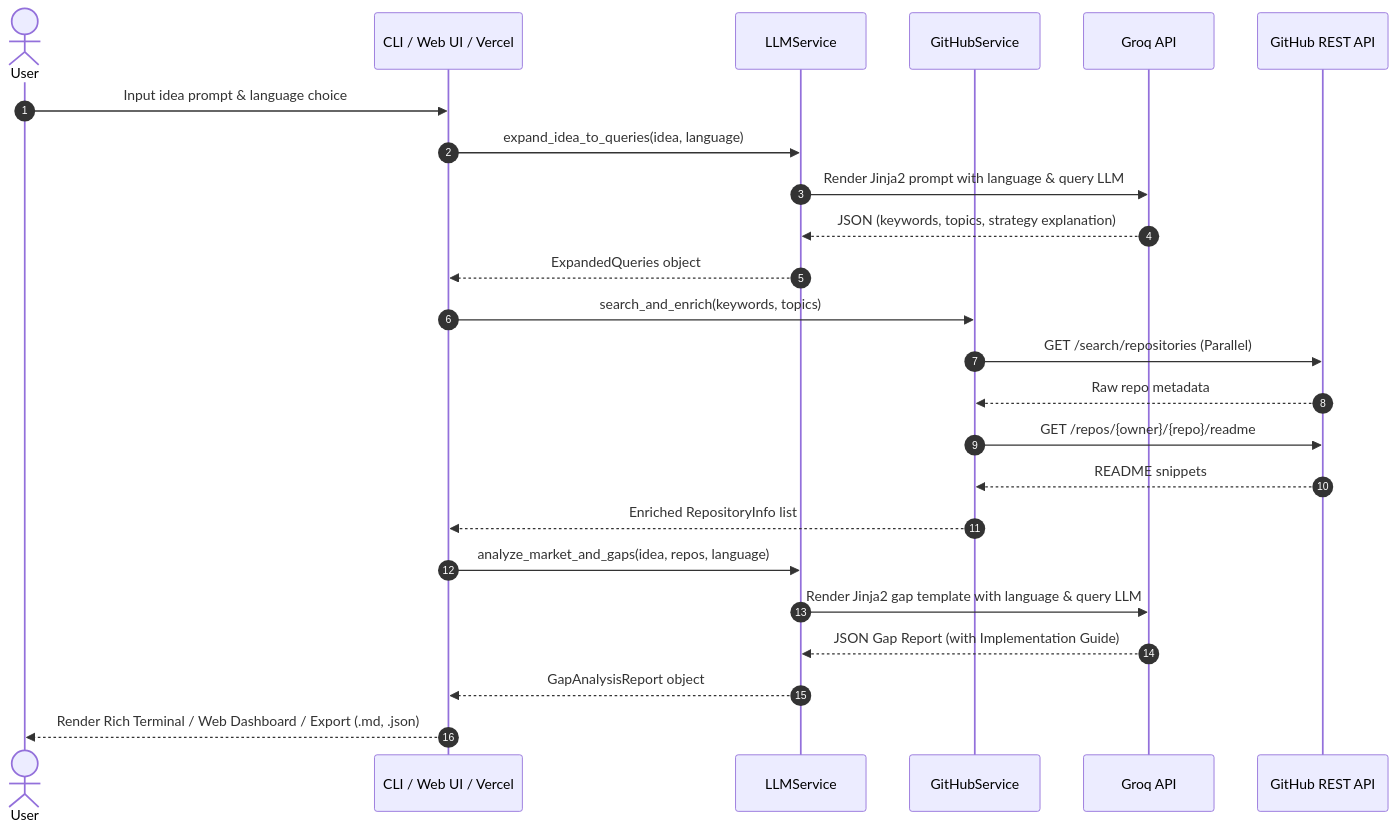
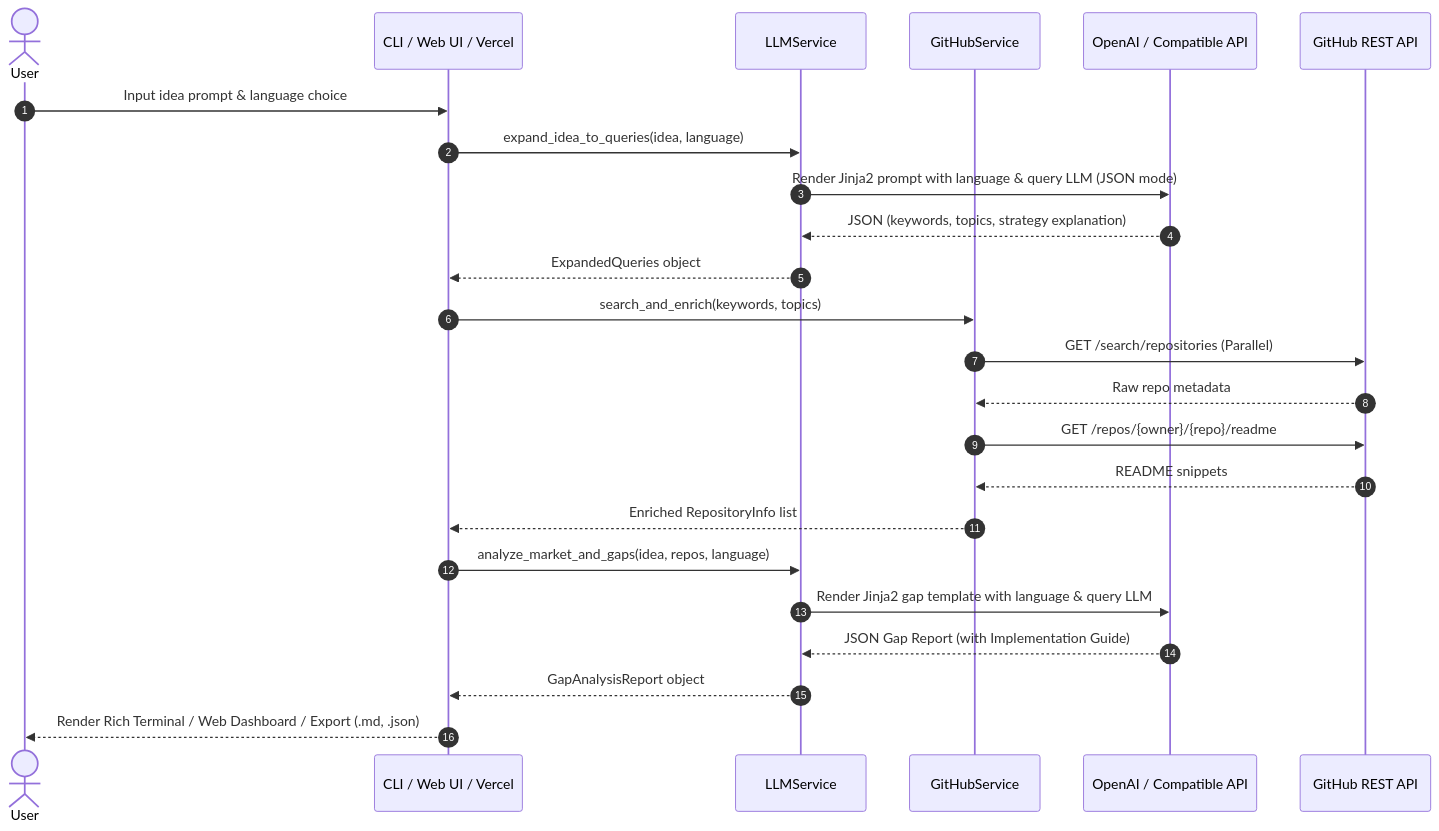
Before and after one commit to AtaCanYmc/GitRadar: the second of 2 diagrams in ARCHITECTURE.md, drawn with Mermaid. The commit also changed other lines of this file and 22 other files, not shown here.

Commit message:
feat: upgrade to version 0.2.0 and transition to OpenAI-compatible API integration

````diff
--- a/ARCHITECTURE.md
+++ b/ARCHITECTURE.md
@@ -97,29 +97,29 @@
 ```mermaid
 sequenceDiagram
     autonumber
     actor User
     participant App as CLI / Web UI / Vercel
     participant LLM as LLMService
     participant GH as GitHubService
-    participant Groq as Groq API
+    participant AI as OpenAI / Compatible API
     participant GHREST as GitHub REST API
 
     User->>App: Input idea prompt & language choice
     App->>LLM: expand_idea_to_queries(idea, language)
-    LLM->>Groq: Render Jinja2 prompt with language & query LLM
-    Groq-->>LLM: JSON (keywords, topics, strategy explanation)
+    LLM->>AI: Render Jinja2 prompt with language & query LLM (JSON mode)
+    AI-->>LLM: JSON (keywords, topics, strategy explanation)
     LLM-->>App: ExpandedQueries object
     
     App->>GH: search_and_enrich(keywords, topics)
     GH->>GHREST: GET /search/repositories (Parallel)
     GHREST-->>GH: Raw repo metadata
     GH->>GHREST: GET /repos/{owner}/{repo}/readme
     GHREST-->>GH: README snippets
     GH-->>App: Enriched RepositoryInfo list
     
     App->>LLM: analyze_market_and_gaps(idea, repos, language)
-    LLM->>Groq: Render Jinja2 gap template with language & query LLM
-    Groq-->>LLM: JSON Gap Report (with Implementation Guide)
+    LLM->>AI: Render Jinja2 gap template with language & query LLM
+    AI-->>LLM: JSON Gap Report (with Implementation Guide)
     LLM-->>App: GapAnalysisReport object
     App-->>User: Render Rich Terminal / Web Dashboard / Export (.md, .json)
 ```
````
